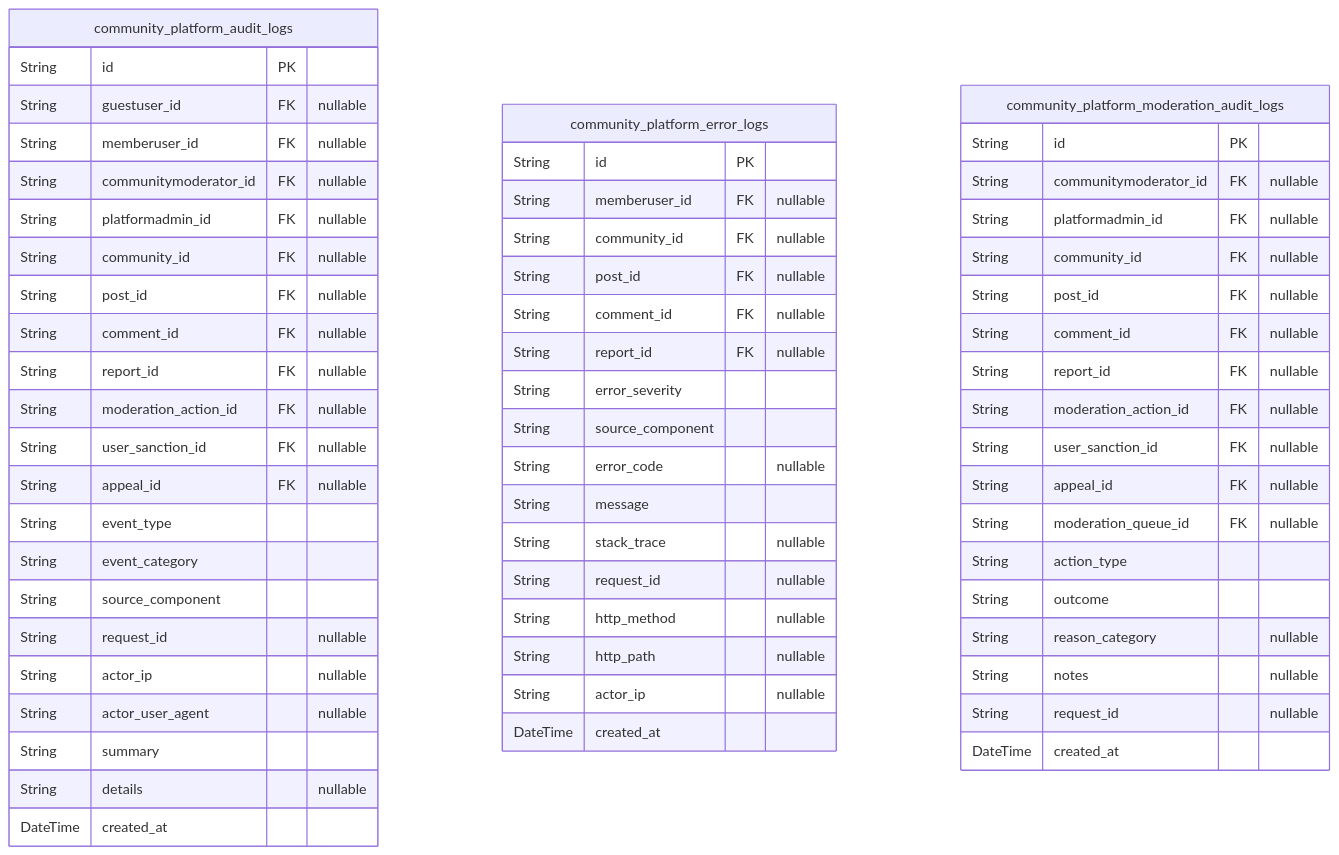
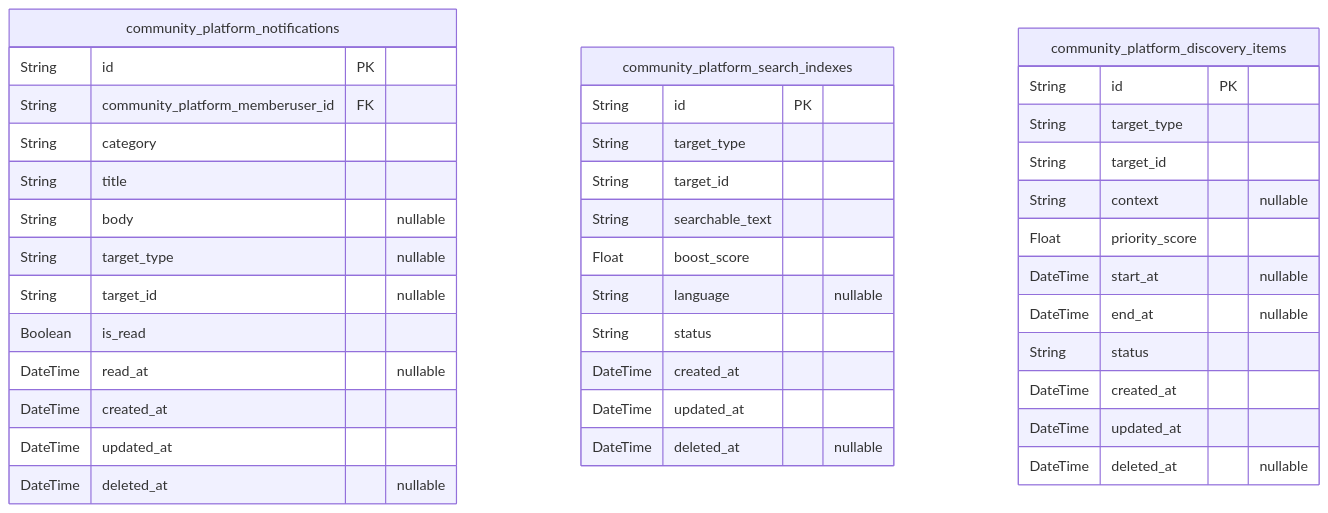
One commit to wrtnlabs/autobe-examples changed the ninth of 9 diagrams in openai/gpt-5.1/reddit/docs/ERD.md. Above: the diagram before and after it, drawn with Mermaid. The commit also changed other lines of this file and 3761 other files, not shown here.

````diff
--- a/openai/gpt-5.1/reddit/docs/ERD.md
+++ b/openai/gpt-5.1/reddit/docs/ERD.md
@@ -2463,63 +2439,42 @@
 ```mermaid
 erDiagram
-"community_platform_audit_logs" {
+"community_platform_notifications" {
   String id PK
-  String guestuser_id FK "nullable"
-  String memberuser_id FK "nullable"
-  String communitymoderator_id FK "nullable"
-  String platformadmin_id FK "nullable"
-  String community_id FK "nullable"
-  String post_id FK "nullable"
-  String comment_id FK "nullable"
-  String report_id FK "nullable"
-  String moderation_action_id FK "nullable"
-  String user_sanction_id FK "nullable"
-  String appeal_id FK "nullable"
-  String event_type
-  String event_category
-  String source_component
-  String request_id "nullable"
-  String actor_ip "nullable"
-  String actor_user_agent "nullable"
-  String summary
-  String details "nullable"
+  String community_platform_memberuser_id FK
+  String category
+  String title
+  String body "nullable"
+  String target_type "nullable"
+  String target_id "nullable"
+  Boolean is_read
+  DateTime read_at "nullable"
   DateTime created_at
+  DateTime updated_at
+  DateTime deleted_at "nullable"
 }
-"community_platform_error_logs" {
+"community_platform_search_indexes" {
   String id PK
-  String memberuser_id FK "nullable"
-  String community_id FK "nullable"
-  String post_id FK "nullable"
-  String comment_id FK "nullable"
-  String report_id FK "nullable"
-  String error_severity
-  String source_component
-  String error_code "nullable"
-  String message
-  String stack_trace "nullable"
-  String request_id "nullable"
-  String http_method "nullable"
-  String http_path "nullable"
-  String actor_ip "nullable"
+  String target_type
+  String target_id
+  String searchable_text
+  Float boost_score
+  String language "nullable"
+  String status
   DateTime created_at
+  DateTime updated_at
+  DateTime deleted_at "nullable"
 }
-"community_platform_moderation_audit_logs" {
+"community_platform_discovery_items" {
   String id PK
-  String communitymoderator_id FK "nullable"
-  String platformadmin_id FK "nullable"
-  String community_id FK "nullable"
-  String post_id FK "nullable"
-  String comment_id FK "nullable"
-  String report_id FK "nullable"
-  String moderation_action_id FK "nullable"
-  String user_sanction_id FK "nullable"
-  String appeal_id FK "nullable"
-  String moderation_queue_id FK "nullable"
-  String action_type
-  String outcome
-  String reason_category "nullable"
-  String notes "nullable"
-  String request_id "nullable"
+  String target_type
+  String target_id
+  String context "nullable"
+  Float priority_score
+  DateTime start_at "nullable"
+  DateTime end_at "nullable"
+  String status
   DateTime created_at
+  DateTime updated_at
+  DateTime deleted_at "nullable"
 }
 ```
````
